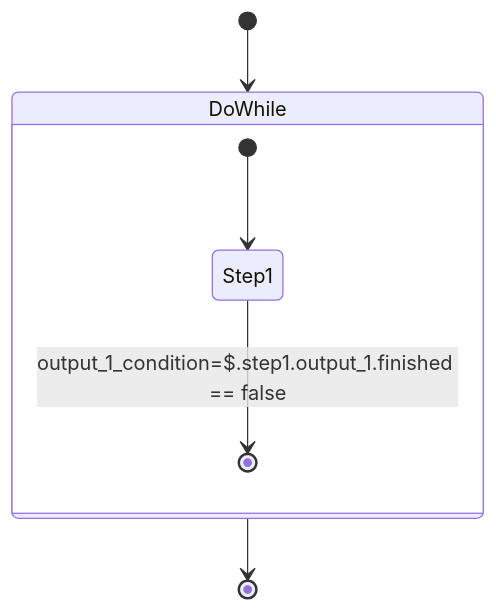
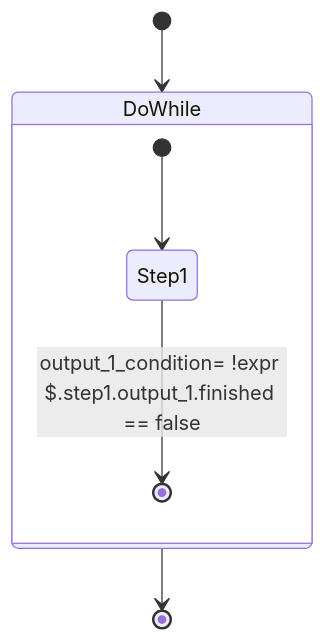
One commit to arcalot/arcalot.github.io changed diagram 13 of 17 in docs/arcaflow/concepts/workflows.md. Above: the diagram before and after it, drawn with Mermaid. The commit also changed other lines of this file and 1 other file, not shown here.

````diff
--- a/docs/arcaflow/concepts/workflows.md
+++ b/docs/arcaflow/concepts/workflows.md
@@ -159,9 +201,9 @@
 ```mermaid
 stateDiagram-v2
   [*] --> DoWhile
   state DoWhile {
     [*] --> Step1
-    Step1 --> [*]: output_1_condition=$.step1.output_1.finished == false   
+    Step1 --> [*]: output_1_condition= !expr $.step1.output_1.finished == false
   }
   DoWhile --> [*]
 ```
````
